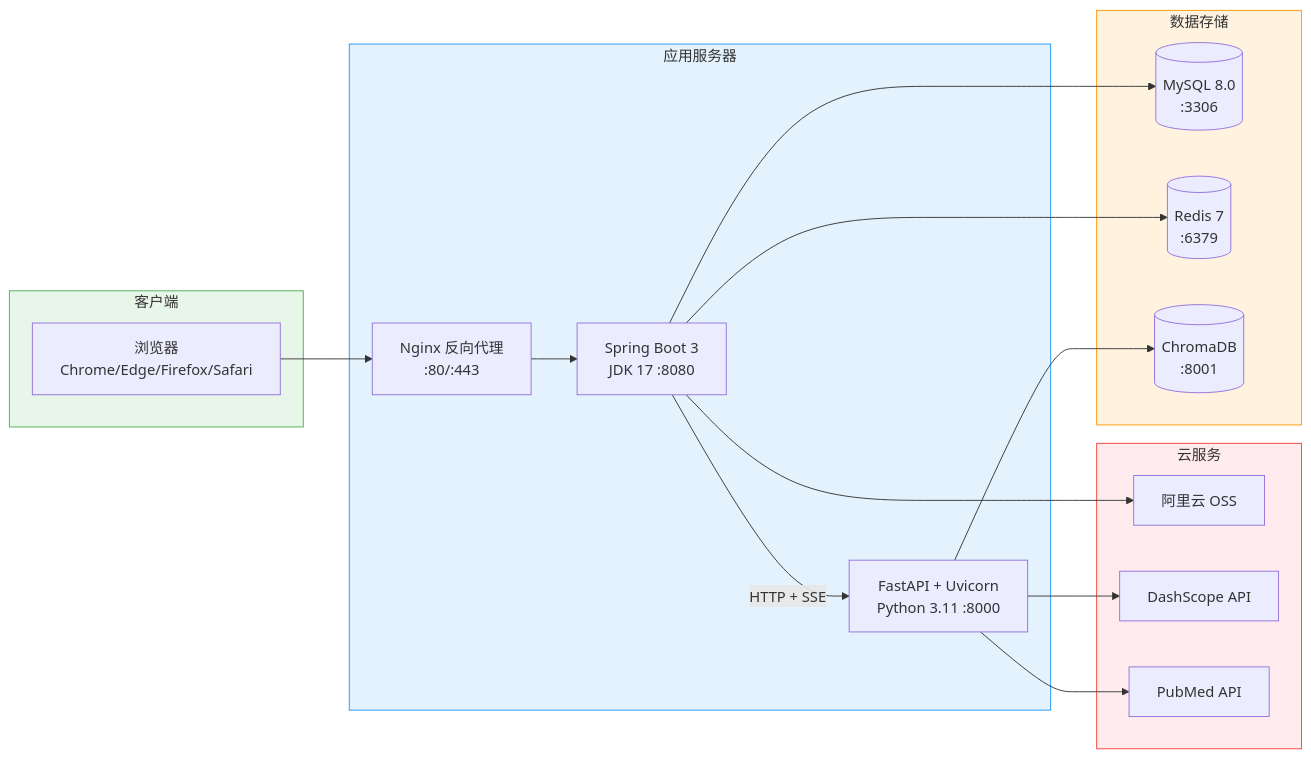
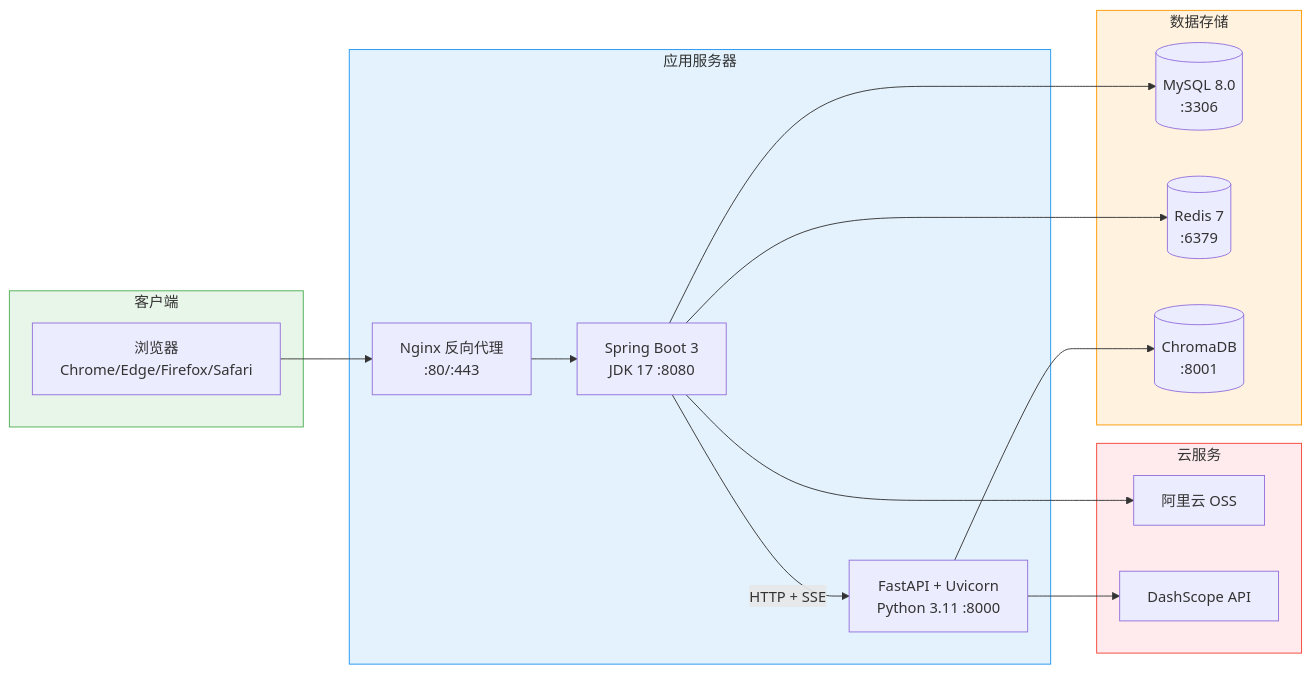
Before and after one commit to AttentionCoo/learning-characterizing-mas: diagram 12 of 12 in docs/architecture/需求规格说明书.md, drawn with Mermaid. The commit also changed other lines of this file and 17 other files, not shown here.

First line of the commit message:
docs+feat: 全面移除 PubMed 相关内容,循证链路改走本地知识库

````diff
--- a/docs/architecture/需求规格说明书.md
+++ b/docs/architecture/需求规格说明书.md
@@ -1505,39 +1475,37 @@
 ```mermaid
 graph LR
     subgraph 客户端
         Browser[浏览器<br/>Chrome/Edge/Firefox/Safari]
     end
 
     subgraph 应用服务器
         Nginx[Nginx 反向代理<br/>:80/:443]
         SpringBoot[Spring Boot 3<br/>JDK 17 :8080]
         FastAPI[FastAPI + Uvicorn<br/>Python 3.11 :8000]
     end
 
     subgraph 数据存储
         MySQL[(MySQL 8.0<br/>:3306)]
         Redis[(Redis 7<br/>:6379)]
         ChromaDB[(ChromaDB<br/>:8001)]
     end
 
     subgraph 云服务
         OSS[阿里云 OSS]
         DashScope[DashScope API]
-        PubMed[PubMed API]
     end
 
     Browser --> Nginx
     Nginx --> SpringBoot
     SpringBoot -->|HTTP + SSE| FastAPI
     SpringBoot --> MySQL
     SpringBoot --> Redis
     FastAPI --> ChromaDB
     FastAPI --> DashScope
-    FastAPI --> PubMed
     SpringBoot --> OSS
 
     style 客户端 fill:#E8F5E9,stroke:#4CAF50
     style 应用服务器 fill:#E3F2FD,stroke:#2196F3
     style 数据存储 fill:#FFF3E0,stroke:#FF9800
     style 云服务 fill:#FFEBEE,stroke:#F44336
 ```
````
